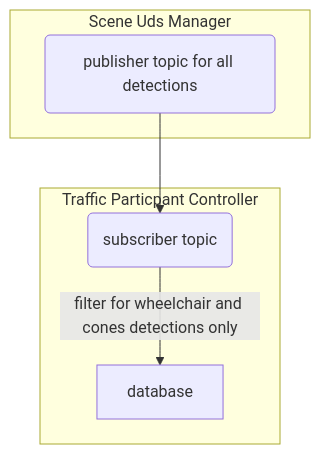
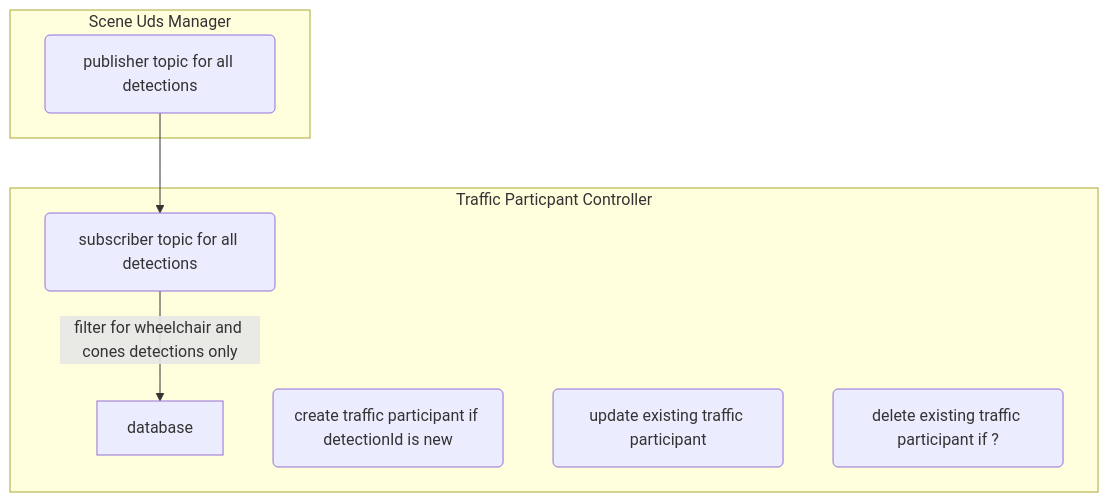
One commit to mxgrey/su_traffic_participant changed the diagram in README.md. Above: the diagram before and after it, drawn with Mermaid.

````diff
--- a/README.md
+++ b/README.md
@@ -5,13 +5,17 @@
 ```mermaid
 graph TB
 
   Publisher --> Subscriber
   subgraph "Scene Uds Manager"
   Publisher(publisher topic for all detections)
   end
 
   subgraph "Traffic Particpant Controller"
-  Subscriber(subscriber topic)
+  Subscriber(subscriber topic for all detections)
   Subscriber -- filter for wheelchair and cones detections only --> database
+  Create(create traffic participant if detectionId is new)
+  Update(update existing traffic participant)
+  Delete(delete existing traffic participant if ?)
+
 end
 ```
````
